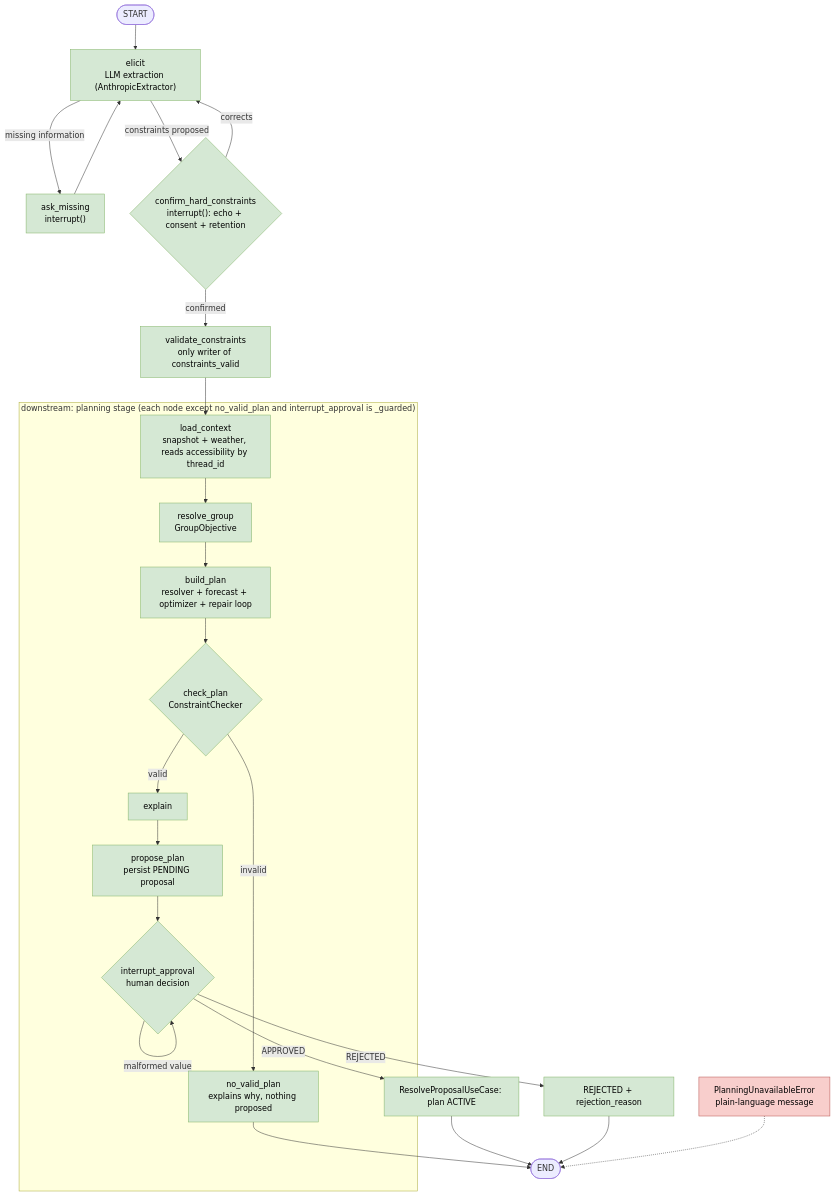
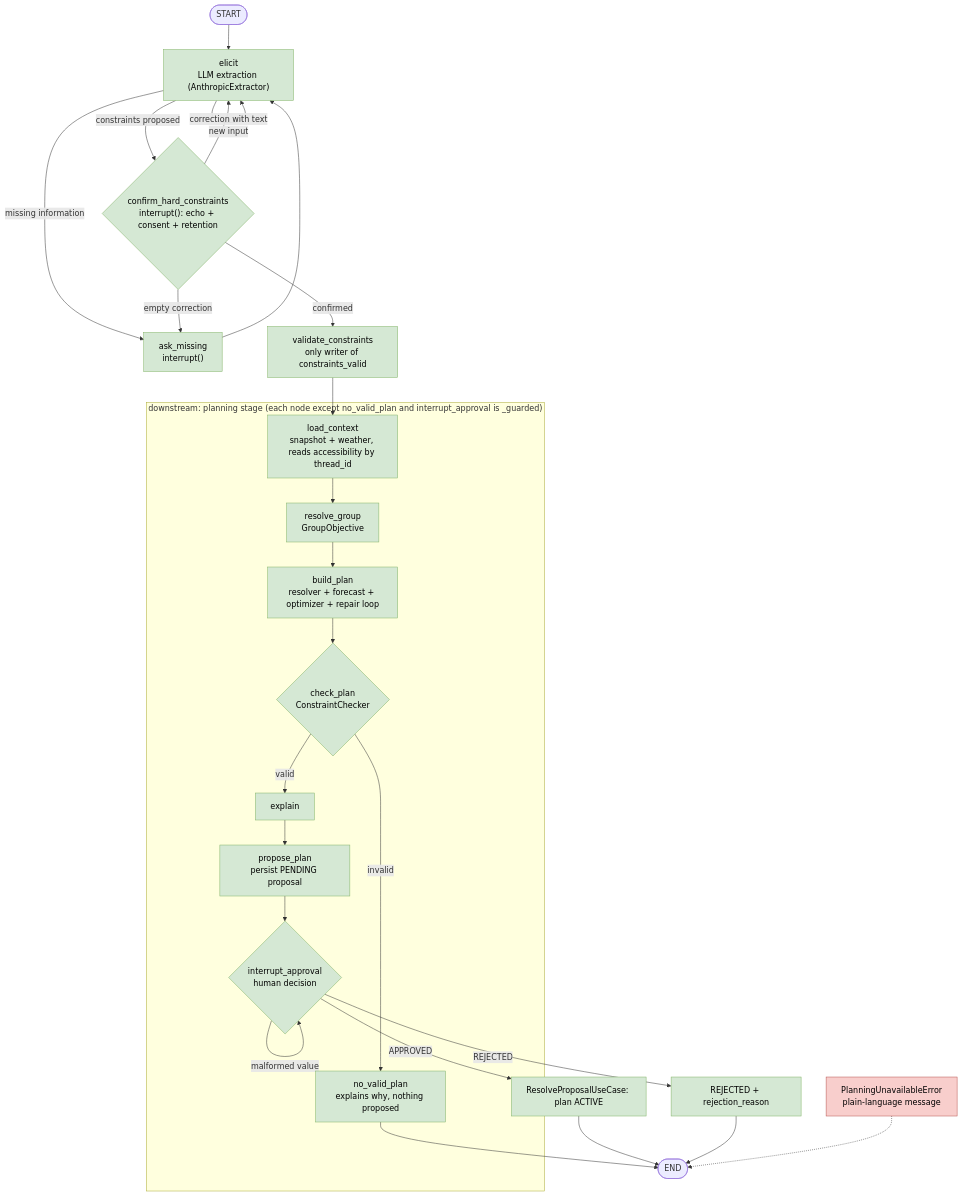
Before and after one commit to andrea0727/parkmind-agentic-ai: the first of 2 diagrams in docs/diagrams/agent-flow.md, drawn with Mermaid. The commit also changed other lines of this file and 3 other files, not shown here.

````diff
--- a/docs/diagrams/agent-flow.md
+++ b/docs/diagrams/agent-flow.md
@@ -16,31 +16,33 @@
 ```mermaid
 flowchart TD
   S([START]) --> EL["elicit<br/>LLM extraction (AnthropicExtractor)"]:::impl
   EL -- missing information --> AM["ask_missing<br/>interrupt()"]:::impl
   AM --> EL
+  EL -- new input --> EL
   EL -- constraints proposed --> CH{"confirm_hard_constraints<br/>interrupt(): echo + consent + retention"}:::impl
-  CH -- corrects --> EL
+  CH -- correction with text --> EL
+  CH -- empty correction --> AM
   CH -- confirmed --> VA["validate_constraints<br/>only writer of constraints_valid"]:::impl
   VA --> LC
 
   subgraph PLAN["downstream: planning stage (each node except no_valid_plan and interrupt_approval is _guarded)"]
     LC["load_context<br/>snapshot + weather, reads accessibility by thread_id"]:::impl --> RG["resolve_group<br/>GroupObjective"]:::impl
     RG --> BP["build_plan<br/>resolver + forecast + optimizer + repair loop"]:::impl
     BP --> CK{"check_plan<br/>ConstraintChecker"}:::impl
     CK -- valid --> EX["explain"]:::impl
     EX --> PR["propose_plan<br/>persist PENDING proposal"]:::impl
     PR --> IN{"interrupt_approval<br/>human decision"}:::impl
     CK -- invalid --> NV["no_valid_plan<br/>explains why, nothing proposed"]:::impl
   end
 
   IN -- APPROVED --> OK["ResolveProposalUseCase: plan ACTIVE"]:::impl
   IN -- REJECTED --> RJ["REJECTED + rejection_reason"]:::impl
   IN -- malformed value --> IN
   OK --> Z([END])
   RJ --> Z
   NV --> Z
   UN["PlanningUnavailableError<br/>plain-language message"]:::err -.-> Z
 
   classDef impl fill:#d5e8d4,stroke:#82b366,color:#000
   classDef err fill:#f8cecc,stroke:#b85450,color:#000
 ```
````
